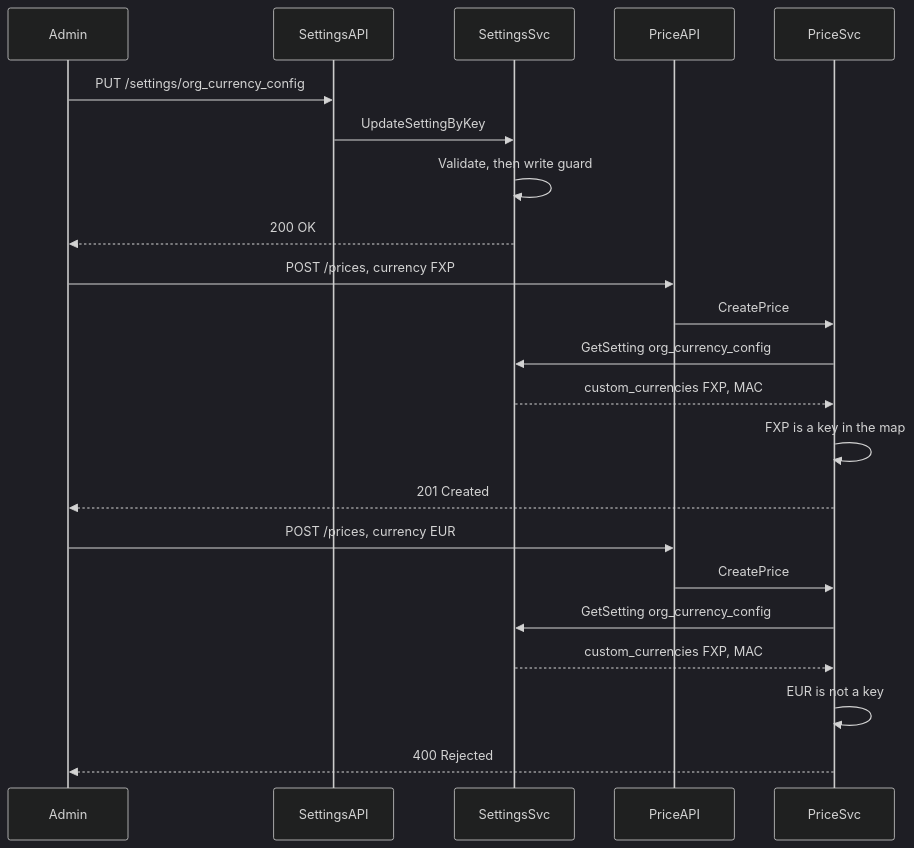
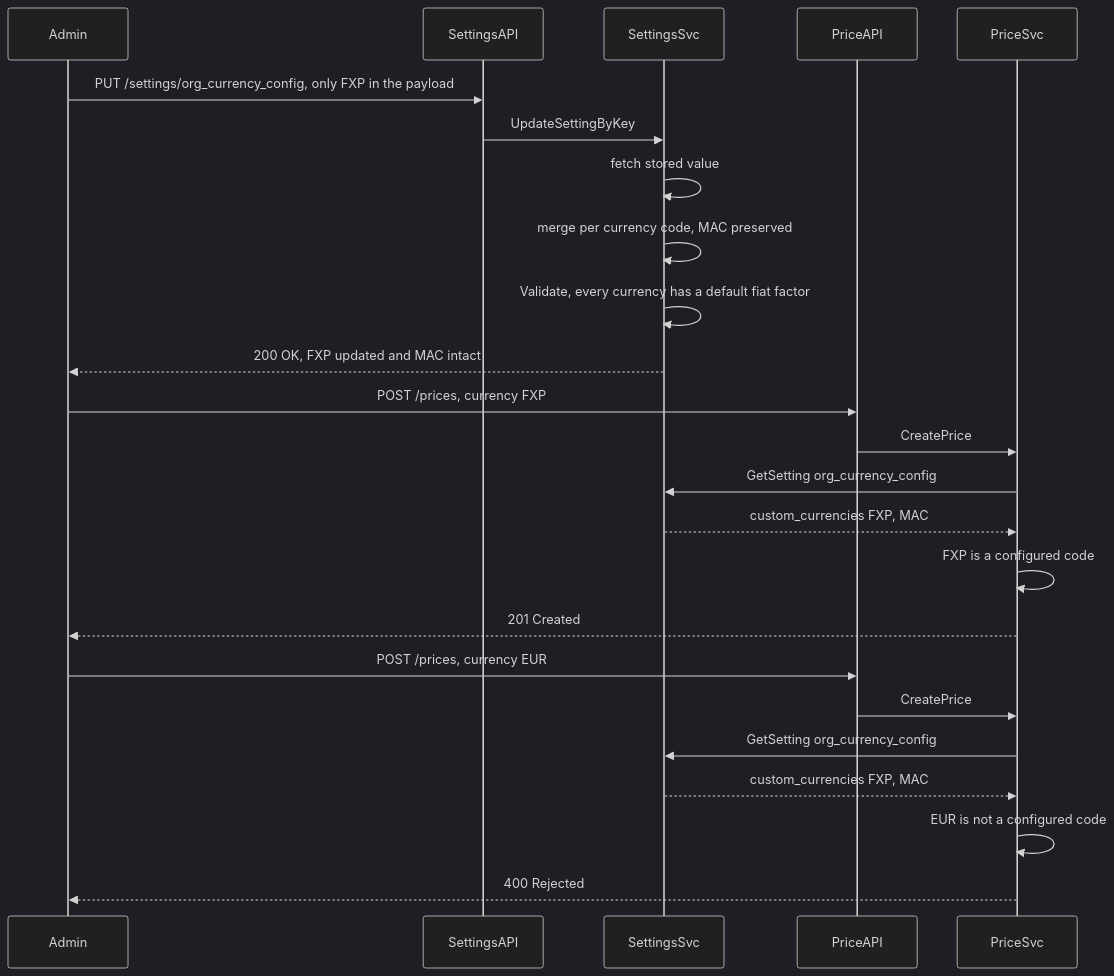
The second of 3 diagrams in docs/design/2026-08-27-FLE-1201-custom-org-currency.md (subratsahilgupta/flexprice), drawn with Mermaid (dark theme) before and after one commit. The commit also changed other lines of this file, not shown here.

Commit message:
refactor(docs): update design document for custom organization currency support

````diff
--- a/docs/design/2026-08-27-FLE-1201-custom-org-currency.md
+++ b/docs/design/2026-08-27-FLE-1201-custom-org-currency.md
@@ -336,27 +340,29 @@
 ```mermaid
 sequenceDiagram
     participant Admin
     participant SettingsAPI
     participant SettingsSvc
     participant PriceAPI
     participant PriceSvc
 
-    Admin->>SettingsAPI: PUT /settings/org_currency_config
+    Admin->>SettingsAPI: PUT /settings/org_currency_config, only FXP in the payload
     SettingsAPI->>SettingsSvc: UpdateSettingByKey
-    SettingsSvc->>SettingsSvc: Validate, then write guard
-    SettingsSvc-->>Admin: 200 OK
+    SettingsSvc->>SettingsSvc: fetch stored value
+    SettingsSvc->>SettingsSvc: merge per currency code, MAC preserved
+    SettingsSvc->>SettingsSvc: Validate, every currency has a default fiat factor
+    SettingsSvc-->>Admin: 200 OK, FXP updated and MAC intact
 
     Admin->>PriceAPI: POST /prices, currency FXP
     PriceAPI->>PriceSvc: CreatePrice
     PriceSvc->>SettingsSvc: GetSetting org_currency_config
     SettingsSvc-->>PriceSvc: custom_currencies FXP, MAC
-    PriceSvc->>PriceSvc: FXP is a key in the map
+    PriceSvc->>PriceSvc: FXP is a configured code
     PriceSvc-->>Admin: 201 Created
 
     Admin->>PriceAPI: POST /prices, currency EUR
     PriceAPI->>PriceSvc: CreatePrice
     PriceSvc->>SettingsSvc: GetSetting org_currency_config
     SettingsSvc-->>PriceSvc: custom_currencies FXP, MAC
-    PriceSvc->>PriceSvc: EUR is not a key
+    PriceSvc->>PriceSvc: EUR is not a configured code
     PriceSvc-->>Admin: 400 Rejected
 ```
````
